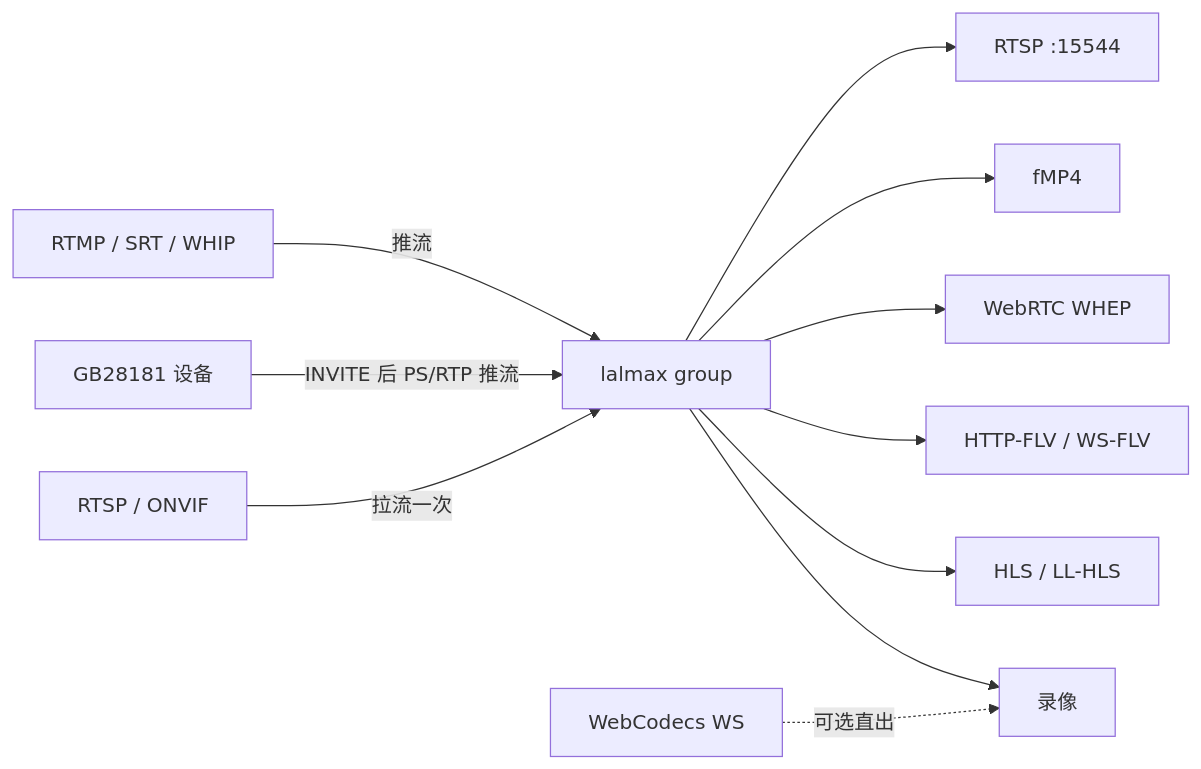
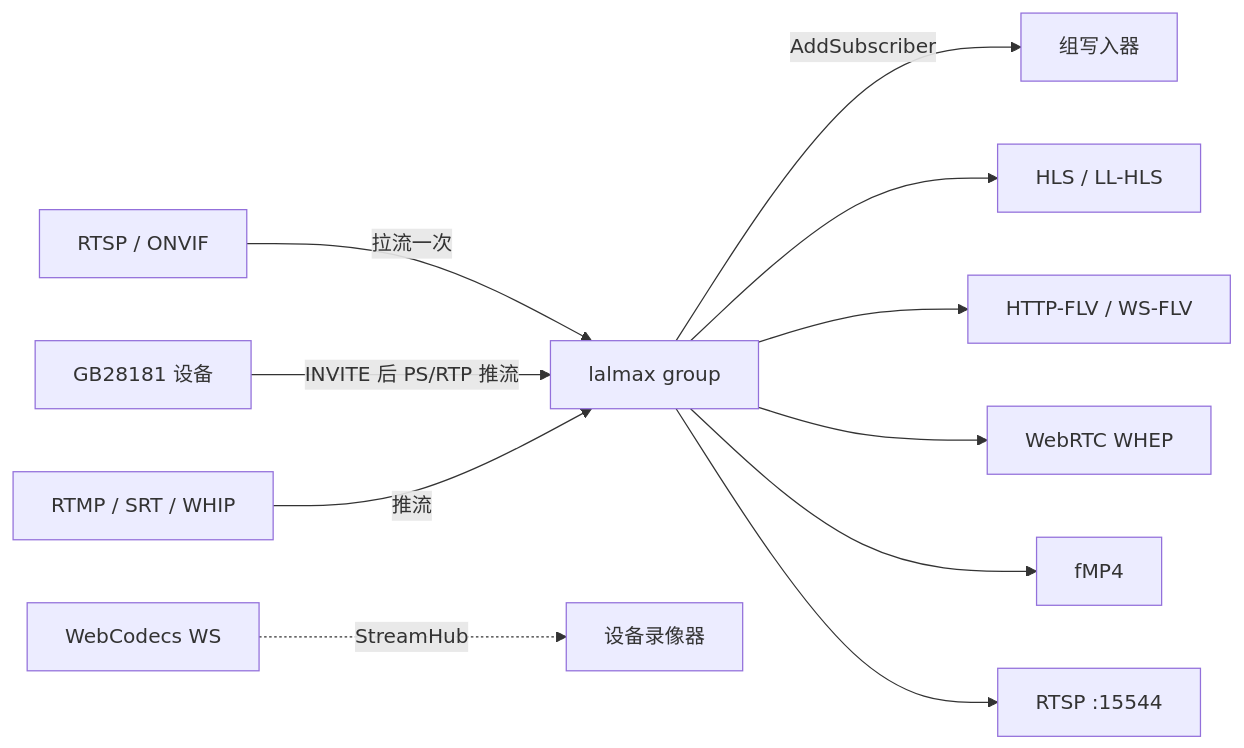
Before and after one commit to lalmax-pro/lalmax-nvr: the third of 7 diagrams in docs/zh/architecture.md, drawn with Mermaid. The commit also changed other lines of this file and 3 other files, not shown here.

First line of the commit message:
docs: align README and architecture with the group writer

````diff
--- a/docs/zh/architecture.md
+++ b/docs/zh/architecture.md
@@ -108,13 +108,13 @@
 ```mermaid
 flowchart LR
   RTSP[RTSP / ONVIF] -->|拉流一次| G["lalmax group"]
   GB[GB28181 设备] -->|INVITE 后 PS/RTP 推流| G
   Push[RTMP / SRT / WHIP] -->|推流| G
-  G --> Rec[录像]
+  G -->|AddSubscriber| Rec[组写入器]
   G --> HLS[HLS / LL-HLS]
   G --> FLV[HTTP-FLV / WS-FLV]
   G --> RTC[WebRTC WHEP]
   G --> FMP4[fMP4]
   G --> RTSPOut["RTSP :15544"]
-  WS[WebCodecs WS] -.->|可选直出| Rec
+  WS[WebCodecs WS] -.->|StreamHub| Dev[设备录像器]
 ```
````
